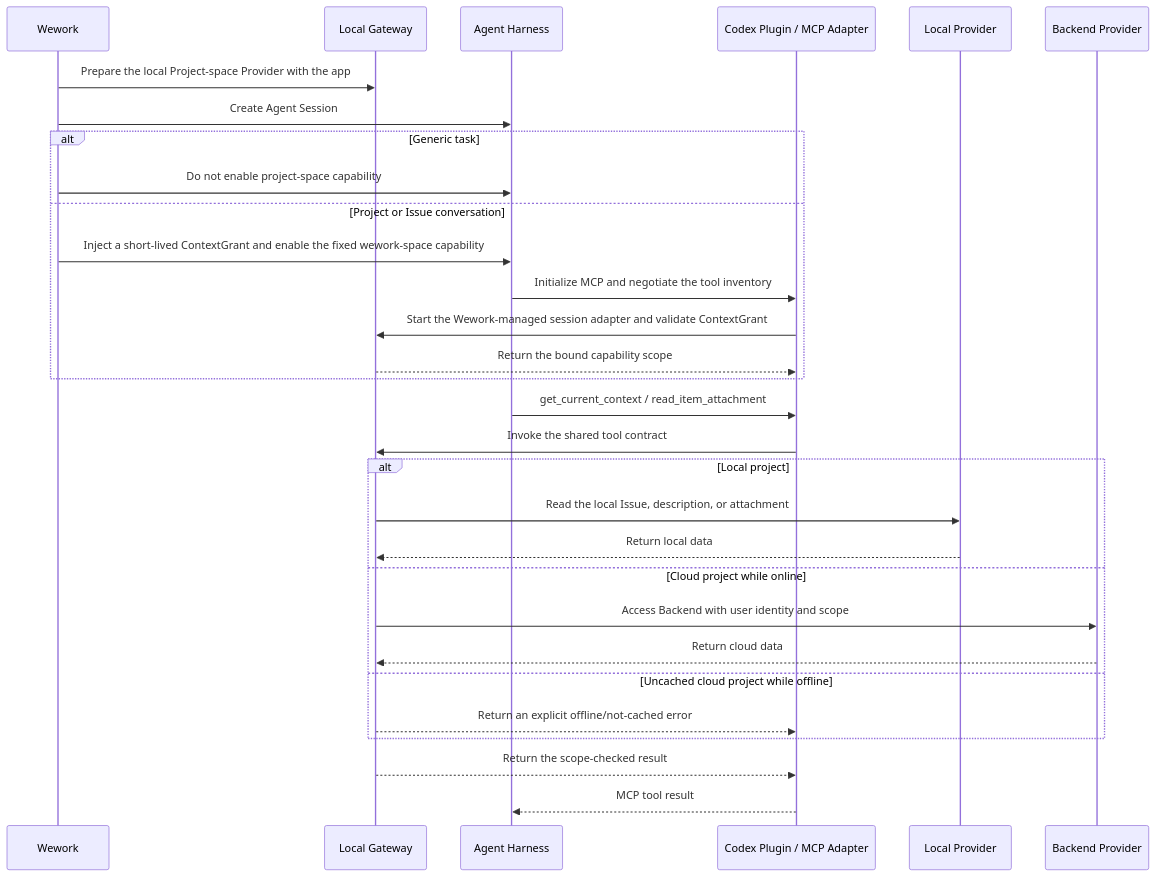
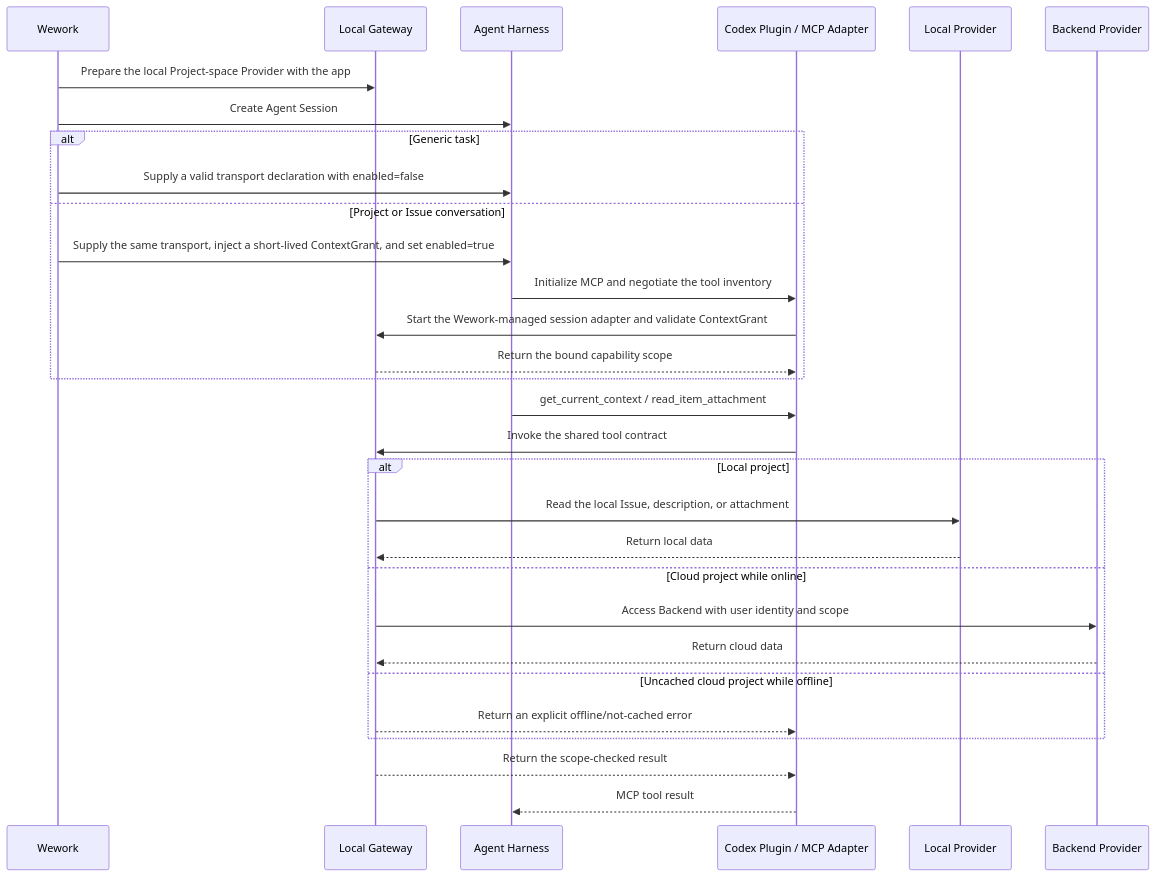
Before and after one commit to wecode-ai/Wegent: the second of 2 diagrams in docs/en/architecture/project-space-agent-capability.md, drawn with Mermaid. The commit also changed other lines of this file and 3 other files, not shown here.

Commit message:
fix(executor): keep disabled project MCP config valid

````diff
--- a/docs/en/architecture/project-space-agent-capability.md
+++ b/docs/en/architecture/project-space-agent-capability.md
@@ -29,33 +30,33 @@
 ```mermaid
 sequenceDiagram
     participant W as Wework
     participant G as Local Gateway
     participant H as Agent Harness
     participant P as Codex Plugin / MCP Adapter
     participant L as Local Provider
     participant B as Backend Provider
 
     W->>G: Prepare the local Project-space Provider with the app
     W->>H: Create Agent Session
     alt Generic task
-        W->>H: Do not enable project-space capability
+        W->>H: Supply a valid transport declaration with enabled=false
     else Project or Issue conversation
-        W->>H: Inject a short-lived ContextGrant and enable the fixed wework-space capability
+        W->>H: Supply the same transport, inject a short-lived ContextGrant, and set enabled=true
         H->>P: Initialize MCP and negotiate the tool inventory
         P->>G: Start the Wework-managed session adapter and validate ContextGrant
         G-->>P: Return the bound capability scope
     end
     H->>P: get_current_context / read_item_attachment
     P->>G: Invoke the shared tool contract
     alt Local project
         G->>L: Read the local Issue, description, or attachment
         L-->>G: Return local data
     else Cloud project while online
         G->>B: Access Backend with user identity and scope
         B-->>G: Return cloud data
     else Uncached cloud project while offline
         G-->>P: Return an explicit offline/not-cached error
     end
     G-->>P: Return the scope-checked result
     P-->>H: MCP tool result
 ```
````
